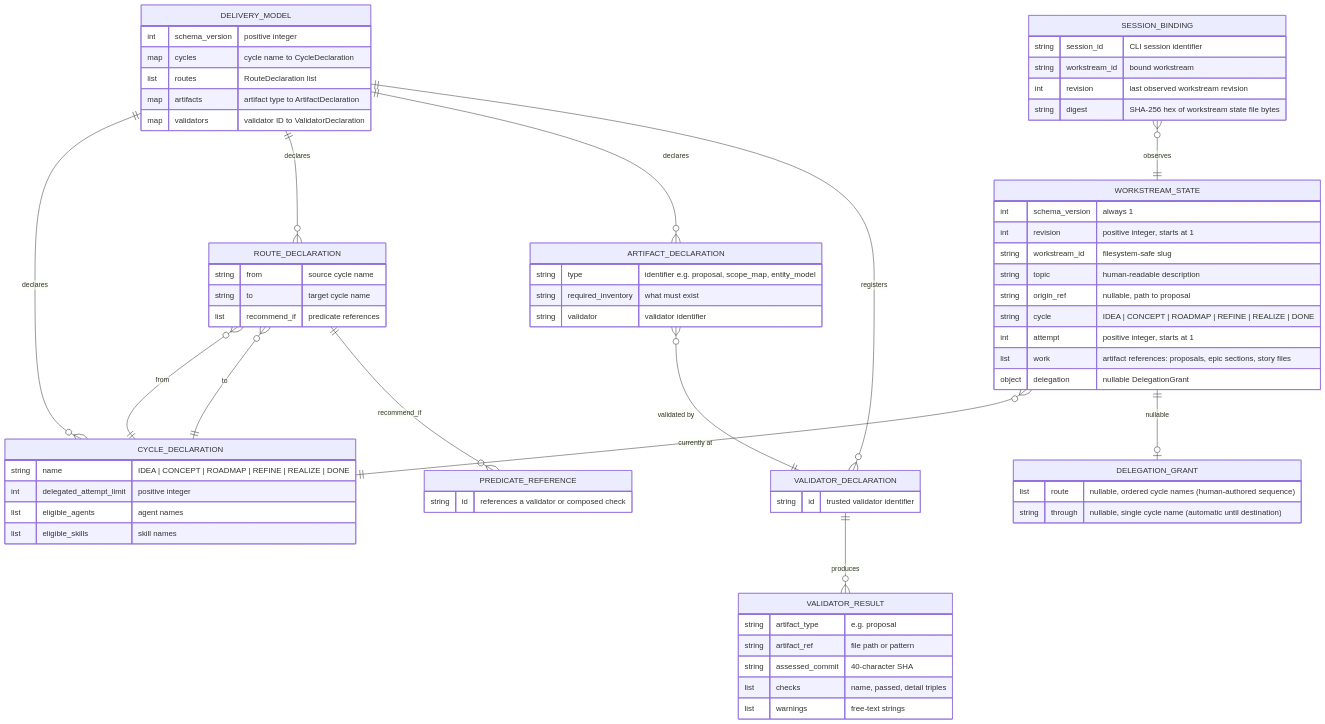
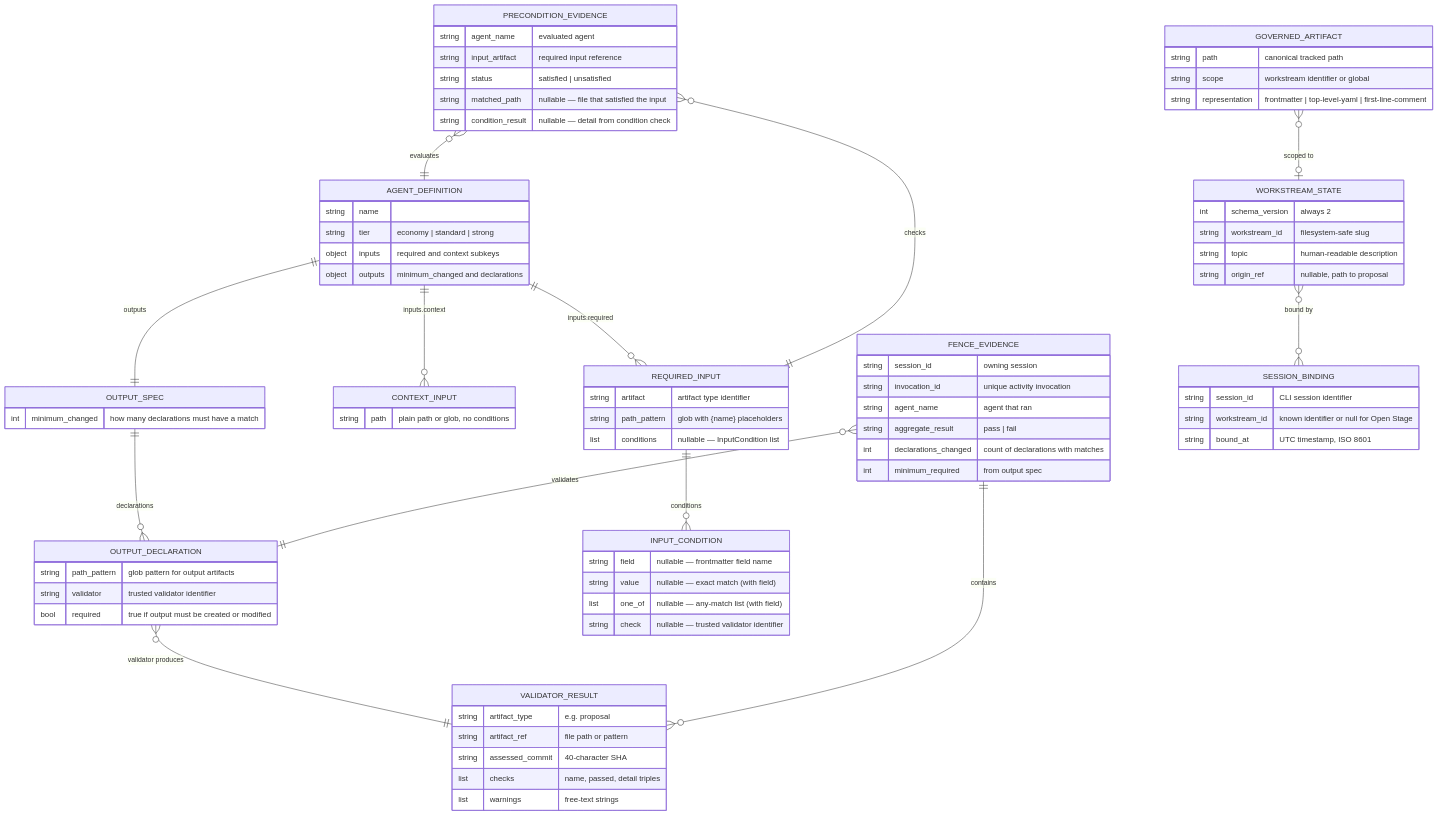
One commit to matthiasdaues/agent_factory changed the fifth of 5 diagrams in docs/spec/supplementary_specs/entity-model.md. Above: the diagram before and after it, drawn with Mermaid. The commit also changed other lines of this file and 8 other files, not shown here.

Commit message:
preparation for activity graph done

````diff
--- a/docs/spec/supplementary_specs/entity-model.md
+++ b/docs/spec/supplementary_specs/entity-model.md
@@ -451,73 +453,82 @@
 ```mermaid
 erDiagram
-    DELIVERY_MODEL ||--o{ CYCLE_DECLARATION : declares
-    DELIVERY_MODEL ||--o{ ROUTE_DECLARATION : declares
-    DELIVERY_MODEL ||--o{ ARTIFACT_DECLARATION : declares
-    DELIVERY_MODEL ||--o{ VALIDATOR_DECLARATION : registers
-    ROUTE_DECLARATION }o--|| CYCLE_DECLARATION : "from"
-    ROUTE_DECLARATION }o--|| CYCLE_DECLARATION : "to"
-    ROUTE_DECLARATION ||--o{ PREDICATE_REFERENCE : "recommend_if"
-    ARTIFACT_DECLARATION }o--|| VALIDATOR_DECLARATION : "validated by"
-    VALIDATOR_DECLARATION ||--o{ VALIDATOR_RESULT : produces
-    WORKSTREAM_STATE }o--|| CYCLE_DECLARATION : "currently at"
-    WORKSTREAM_STATE ||--o| DELEGATION_GRANT : "nullable"
-    SESSION_BINDING }o--|| WORKSTREAM_STATE : observes
+    AGENT_DEFINITION ||--o{ REQUIRED_INPUT : "inputs.required"
+    AGENT_DEFINITION ||--o{ CONTEXT_INPUT : "inputs.context"
+    AGENT_DEFINITION ||--|| OUTPUT_SPEC : "outputs"
+    OUTPUT_SPEC ||--o{ OUTPUT_DECLARATION : "declarations"
+    REQUIRED_INPUT ||--o{ INPUT_CONDITION : "conditions"
+    OUTPUT_DECLARATION }o--|| VALIDATOR_RESULT : "validator produces"
+    PRECONDITION_EVIDENCE }o--|| AGENT_DEFINITION : "evaluates"
+    PRECONDITION_EVIDENCE }o--|| REQUIRED_INPUT : "checks"
+    FENCE_EVIDENCE }o--|| OUTPUT_DECLARATION : "validates"
+    FENCE_EVIDENCE ||--o{ VALIDATOR_RESULT : "contains"
+    WORKSTREAM_STATE }o--o{ SESSION_BINDING : "bound by"
+    GOVERNED_ARTIFACT }o--o| WORKSTREAM_STATE : "scoped to"
 
-    DELIVERY_MODEL {
-        int schema_version "positive integer"
-        map cycles "cycle name to CycleDeclaration"
-        list routes "RouteDeclaration list"
-        map artifacts "artifact type to ArtifactDeclaration"
-        map validators "validator ID to ValidatorDeclaration"
+    AGENT_DEFINITION {
+        string name
+        string tier "economy | standard | strong"
+        object inputs "required and context subkeys"
+        object outputs "minimum_changed and declarations"
     }
-    CYCLE_DECLARATION {
-        string name "IDEA | CONCEPT | ROADMAP | REFINE | REALIZE | DONE"
-        int delegated_attempt_limit "positive integer"
-        list eligible_agents "agent names"
-        list eligible_skills "skill names"
+    REQUIRED_INPUT {
+        string artifact "artifact type identifier"
+        string path_pattern "glob with {name} placeholders"
+        list conditions "nullable — InputCondition list"
     }
-    ROUTE_DECLARATION {
-        string from "source cycle name"
-        string to "target cycle name"
-        list recommend_if "predicate references"
+    INPUT_CONDITION {
+        string field "nullable — frontmatter field name"
+        string value "nullable — exact match (with field)"
+        list one_of "nullable — any-match list (with field)"
+        string check "nullable — trusted validator identifier"
     }
-    ARTIFACT_DECLARATION {
-        string type "identifier e.g. proposal, scope_map, entity_model"
-        string required_inventory "what must exist"
-        string validator "validator identifier"
+    CONTEXT_INPUT {
+        string path "plain path or glob, no conditions"
     }
-    VALIDATOR_DECLARATION {
-        string id "trusted validator identifier"
+    OUTPUT_SPEC {
+        int minimum_changed "how many declarations must have a match"
     }
-    PREDICATE_REFERENCE {
-        string id "references a validator or composed check"
+    OUTPUT_DECLARATION {
+        string path_pattern "glob pattern for output artifacts"
+        string validator "trusted validator identifier"
+        bool required "true if output must be created or modified"
+    }
+    PRECONDITION_EVIDENCE {
+        string agent_name "evaluated agent"
+        string input_artifact "required input reference"
+        string status "satisfied | unsatisfied"
+        string matched_path "nullable — file that satisfied the input"
+        string condition_result "nullable — detail from condition check"
+    }
+    FENCE_EVIDENCE {
+        string session_id "owning session"
+        string invocation_id "unique activity invocation"
+        string agent_name "agent that ran"
+        string aggregate_result "pass | fail"
+        int declarations_changed "count of declarations with matches"
+        int minimum_required "from output spec"
     }
     VALIDATOR_RESULT {
         string artifact_type "e.g. proposal"
         string artifact_ref "file path or pattern"
         string assessed_commit "40-character SHA"
         list checks "name, passed, detail triples"
         list warnings "free-text strings"
     }
     WORKSTREAM_STATE {
-        int schema_version "always 1"
-        int revision "positive integer, starts at 1"
+        int schema_version "always 2"
         string workstream_id "filesystem-safe slug"
         string topic "human-readable description"
         string origin_ref "nullable, path to proposal"
-        string cycle "IDEA | CONCEPT | ROADMAP | REFINE | REALIZE | DONE"
-        int attempt "positive integer, starts at 1"
-        list work "artifact references: proposals, epic sections, story files"
-        object delegation "nullable DelegationGrant"
-    }
-    DELEGATION_GRANT {
-        list route "nullable, ordered cycle names (human-authored sequence)"
-        string through "nullable, single cycle name (automatic until destination)"
     }
     SESSION_BINDING {
         string session_id "CLI session identifier"
-        string workstream_id "bound workstream"
-        int revision "last observed workstream revision"
-        string digest "SHA-256 hex of workstream state file bytes"
+        string workstream_id "known identifier or null for Open Stage"
+        string bound_at "UTC timestamp, ISO 8601"
+    }
+    GOVERNED_ARTIFACT {
+        string path "canonical tracked path"
+        string scope "workstream identifier or global"
+        string representation "frontmatter | top-level-yaml | first-line-comment"
     }
 ```
````
